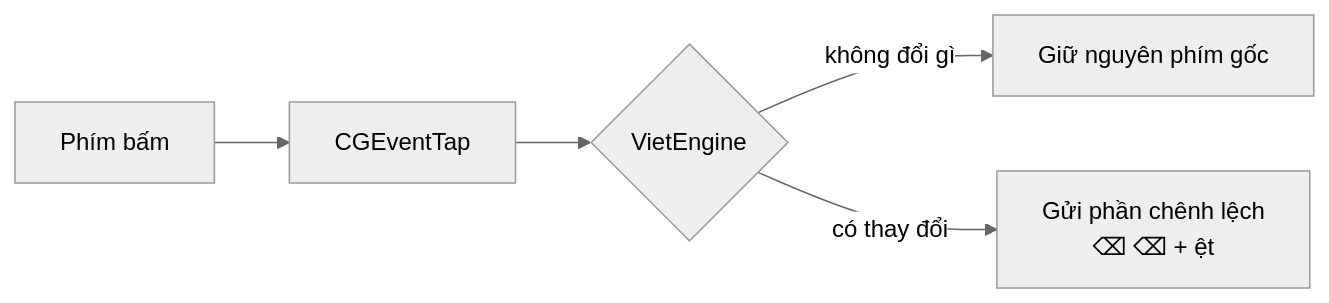
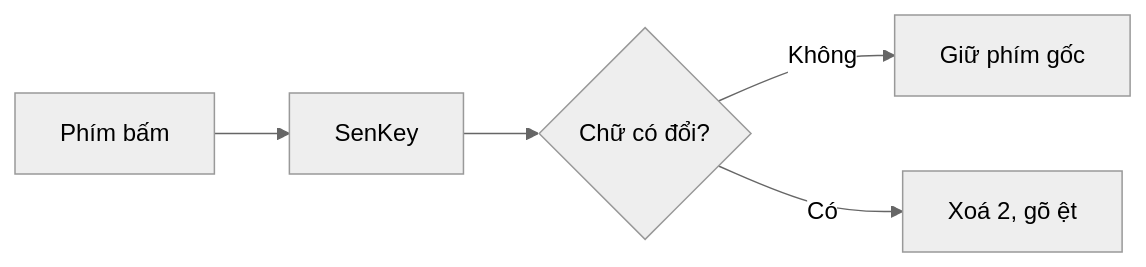
Before and after one commit to tdHuy22/SenKey: the diagram in README.md, drawn with Mermaid (neutral theme). The commit also changed other lines of this file, not shown here.

Commit message:
README: fix uninstall anchor, shorten diagram labels

````diff
--- a/README.md
+++ b/README.md
@@ -105,7 +105,7 @@
 ```mermaid
 flowchart LR
-    A[Phím bấm] --> B[CGEventTap]
-    B --> C{VietEngine}
-    C -- không đổi gì --> D[Giữ nguyên phím gốc]
-    C -- có thay đổi --> E[Gửi phần chênh lệch<br/>⌫ ⌫ + ệt]
+    A[Phím bấm] --> B[SenKey]
+    B --> C{Chữ có đổi?}
+    C -- Không --> D[Giữ phím gốc]
+    C -- Có --> E[Xoá 2, gõ ệt]
 ```
````
